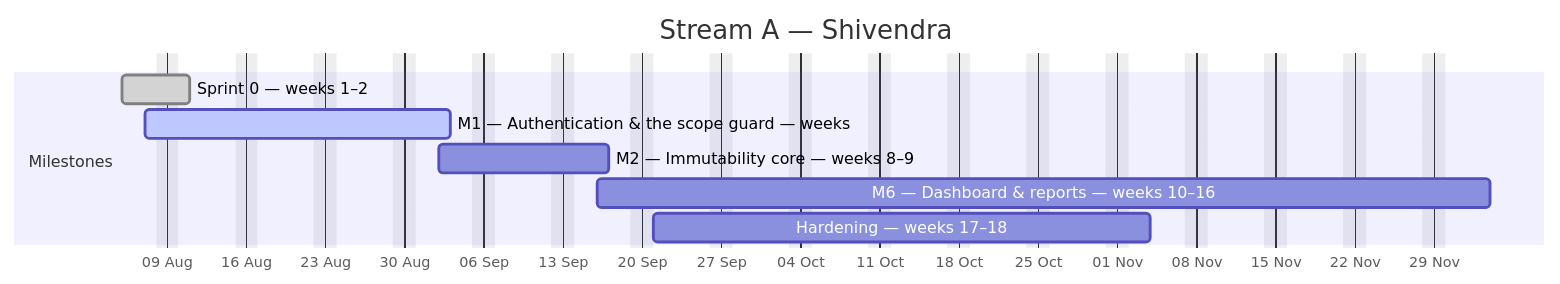
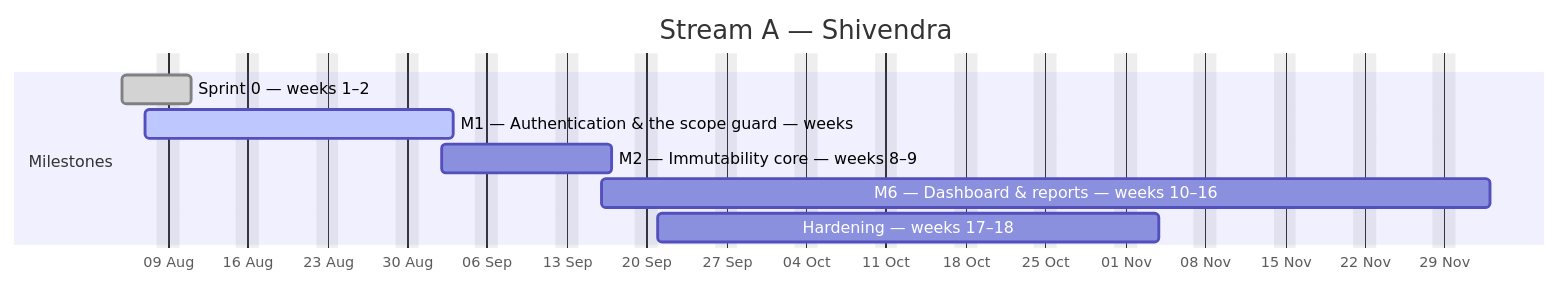
Before and after one commit to debashisedunext/EduTrack: the first of 4 diagrams in docs/plan/GANTT.md, drawn with Mermaid. The commit also changed other lines of this file and 2 other files, not shown here.

````diff
--- a/docs/plan/GANTT.md
+++ b/docs/plan/GANTT.md
@@ -127,13 +126,13 @@
 ```mermaid
 gantt
     dateFormat YYYY-MM-DD
     axisFormat %d %b
     title Stream A — Shivendra
     excludes weekends
     section Milestones
     Sprint 0 — weeks 1–2 :done, a0, 2026-08-05, 4d
     M1 — Authentication & the scope guard — weeks :active, a1, 2026-08-07, 19d
     M2 — Immutability core — weeks 8–9 :a2, 2026-09-02, 11d
-    M6 — Dashboard & reports — weeks 10–16 :a3, 2026-09-16, 57d
+    M6 — Dashboard & reports — weeks 10–16 :a3, 2026-09-16, 56d
     Hardening — weeks 17–18 :a4, 2026-09-21, 32d
 ```
````
